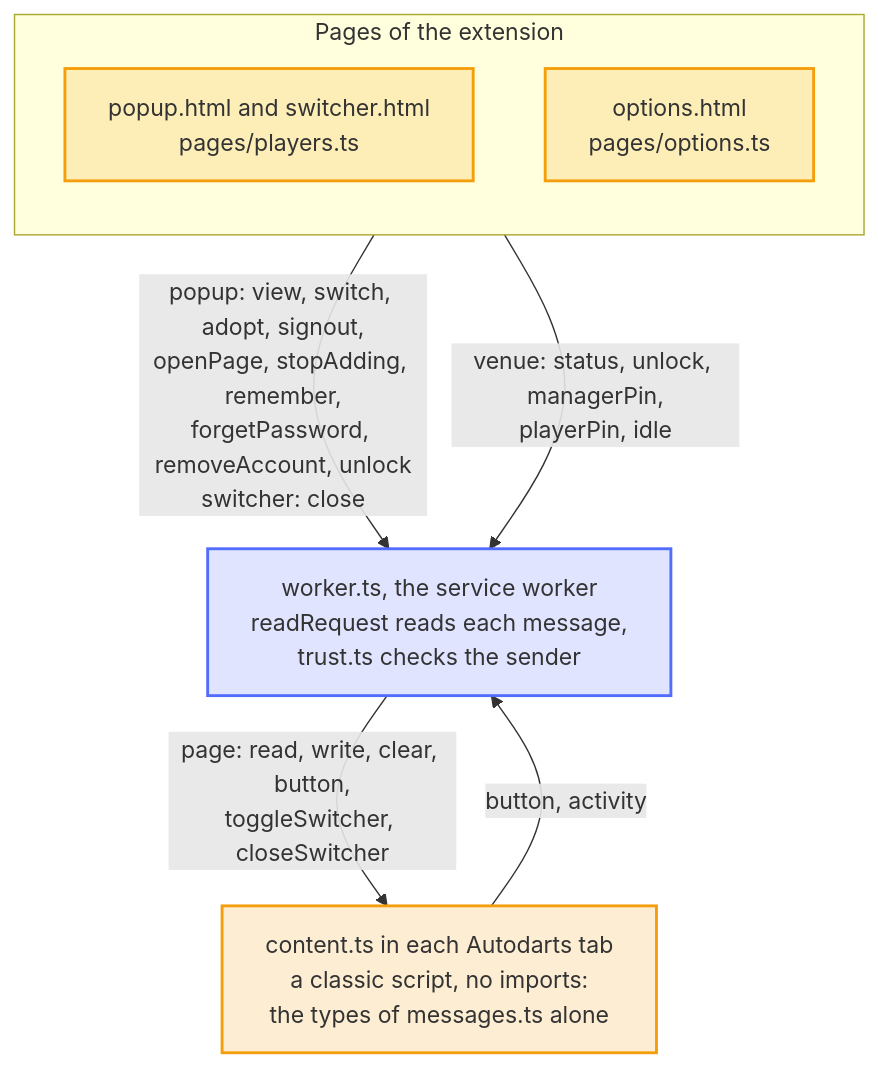
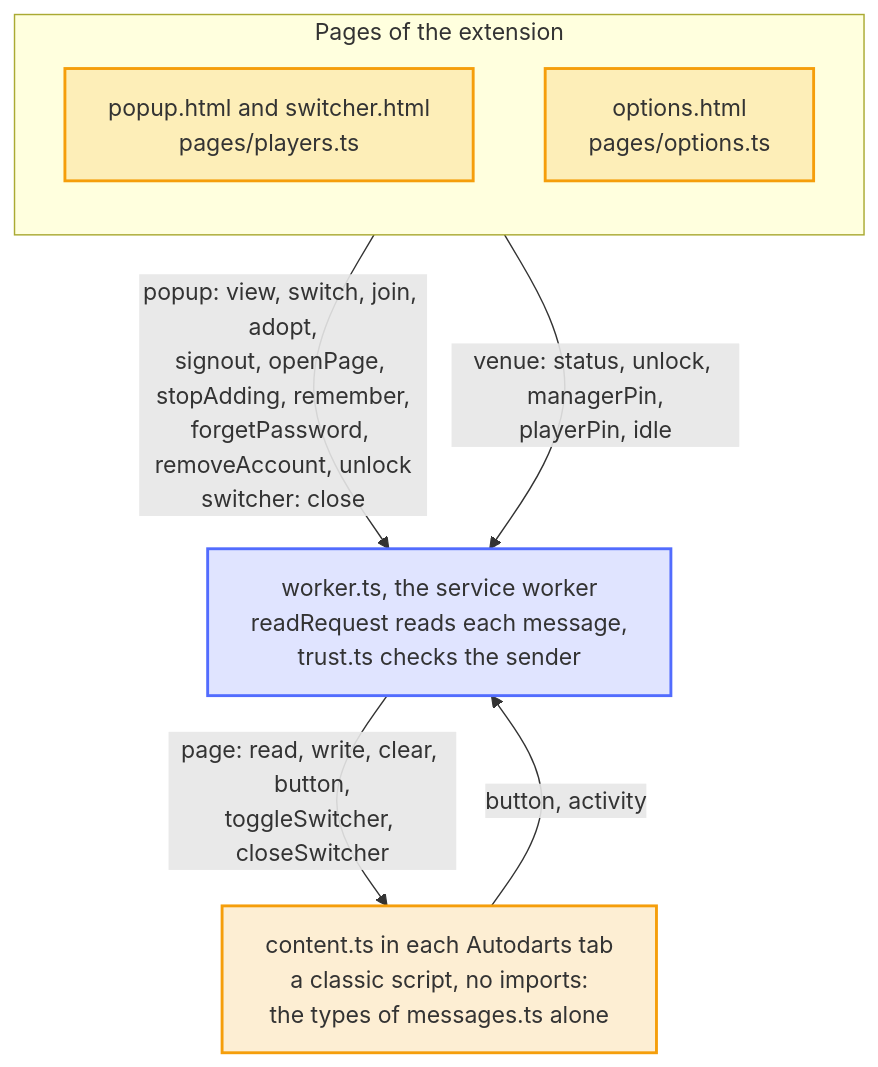
Before and after one commit to Dennis-Otto/player-switch-for-autodarts: the diagram in docs/diagrams/the-messages.mmd, drawn with Mermaid. The commit also changed 46 other files, not shown here.

First line of the commit message:
feat: Player Switch can seat a parked player in the lobby on the board (#168)

```diff
--- a/docs/diagrams/the-messages.mmd
+++ b/docs/diagrams/the-messages.mmd
@@ -1,26 +1,26 @@
 ---
 config:
   flowchart:
     wrappingWidth: 400
 ---
 flowchart TB
     accTitle: The messages between the parts of the extension
-    accDescr: Every message has one type in messages.ts, which the pages, the service worker and the content script share, so a renamed action or a missing field fails the type check. The popup and the switcher send the requests of the players, type popup, the options page those of the venue mode, type venue, and the switcher asks to close, type switcher. The content script in the Autodarts page may only ask what its button shows, type button, and say that someone used the page, type activity. The service worker reads each message with readRequest and answers none of a shape that it doesn't know, and trust.ts lets only a page of the extension see or change the accounts. The worker tells the content script of a tab to read, write or clear the session of the page, to redraw the button, and to open or close the switcher, type page.
+    accDescr: Every message has one type in messages.ts, which the pages, the service worker and the content script share, so a renamed action or a missing field fails the type check. The popup and the switcher send the requests of the players, type popup, among them a join, which seats a parked player in the lobby on the display, the options page those of the venue mode, type venue, and the switcher asks to close, type switcher. The content script in the Autodarts page may only ask what its button shows, type button, and say that someone used the page, type activity. The service worker reads each message with readRequest and answers none of a shape that it doesn't know, and trust.ts lets only a page of the extension see or change the accounts. The worker tells the content script of a tab to read, write or clear the session of the page, to redraw the button, and to open or close the switcher, type page.
 
     subgraph pages ["Pages of the extension"]
         direction TB
         players["popup.html and switcher.html<br>pages/players.ts"]
         options["options.html<br>pages/options.ts"]
     end
     worker["worker.ts, the service worker<br>readRequest reads each message,<br>trust.ts checks the sender"]
     content["content.ts in each Autodarts tab<br>a classic script, no imports:<br>the types of messages.ts alone"]
 
-    players -- "popup: view, switch, adopt, signout,<br>openPage, stopAdding, remember,<br>forgetPassword, removeAccount, unlock<br>switcher: close" --> worker
+    players -- "popup: view, switch, join, adopt,<br>signout, openPage, stopAdding, remember,<br>forgetPassword, removeAccount, unlock<br>switcher: close" --> worker
     options -- "venue: status, unlock, managerPin,<br>playerPin, idle" --> worker
     content -- "button, activity" --> worker
     worker -- "page: read, write, clear, button,<br>toggleSwitcher, closeSwitcher" --> content
 
     classDef bot fill:#526cfe2e,stroke:#526cfe,stroke-width:2px
     classDef person fill:#f59e0b2e,stroke:#f59e0b,stroke-width:2px
     class players,options,content person
     class worker bot
```
